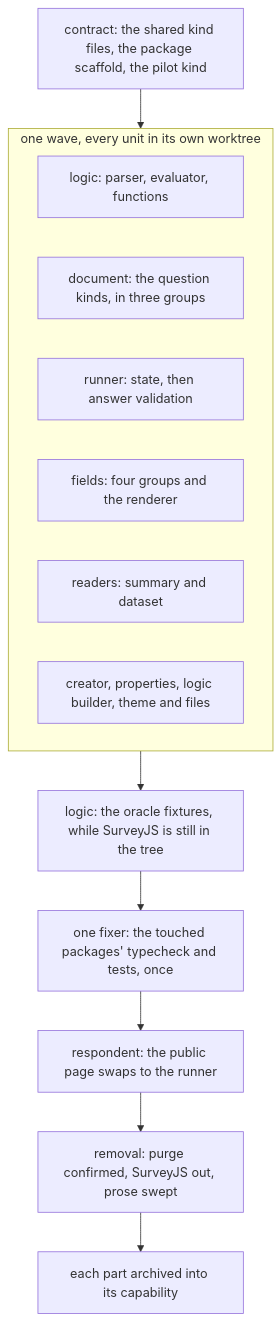
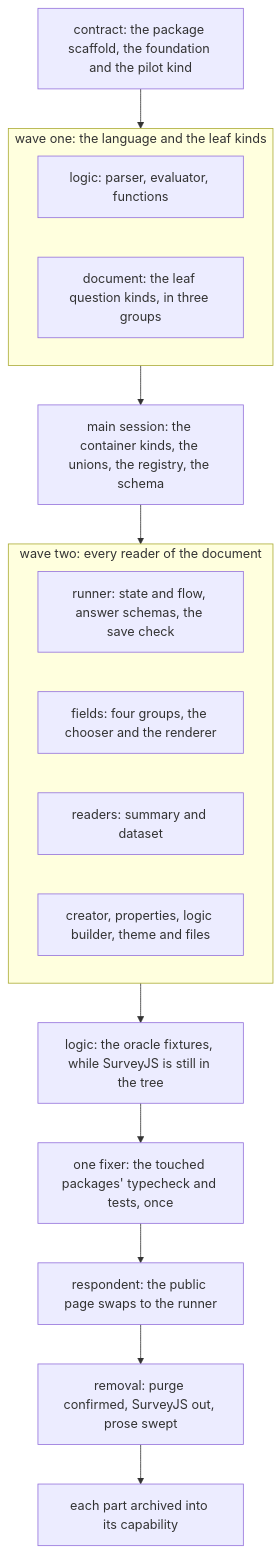
The second of 2 diagrams in openspec/changes/resource-survey-form-engine-program/design.md (Esposter/Esposter), drawn with Mermaid before and after one commit. The commit also changed other lines of this file and 10 other files, not shown here.

First line of the commit message:
refactor(survey-engine): the choice kinds share one choices shape, one options shape and one none shape

````diff
--- a/openspec/changes/resource-survey-form-engine-program/design.md
+++ b/openspec/changes/resource-survey-form-engine-program/design.md
@@ -42,17 +44,21 @@
 ```mermaid
 flowchart TD
-  CONTRACT["contract: the shared kind files, the package scaffold, the pilot kind"] --> WAVE
-  subgraph WAVE["one wave, every unit in its own worktree"]
+  CONTRACT["contract: the package scaffold, the foundation and the pilot kind"] --> W1
+  subgraph W1["wave one: the language and the leaf kinds"]
     LOGIC["logic: parser, evaluator, functions"]
-    KINDS["document: the question kinds, in three groups"]
-    RUN["runner: state, then answer validation"]
-    FIELD["fields: four groups and the renderer"]
+    KINDS["document: the leaf question kinds, in three groups"]
+  end
+  W1 --> SHARED["main session: the container kinds, the unions, the registry, the schema"]
+  SHARED --> W2
+  subgraph W2["wave two: every reader of the document"]
+    RUN["runner: state and flow, answer schemas, the save check"]
+    FIELD["fields: four groups, the chooser and the renderer"]
     READ["readers: summary and dataset"]
     CREATE["creator, properties, logic builder, theme and files"]
   end
-  WAVE --> ORACLE["logic: the oracle fixtures, while SurveyJS is still in the tree"]
+  W2 --> ORACLE["logic: the oracle fixtures, while SurveyJS is still in the tree"]
   ORACLE --> FIXER["one fixer: the touched packages' typecheck and tests, once"]
   FIXER --> SWAP["respondent: the public page swaps to the runner"]
   SWAP --> REMOVE["removal: purge confirmed, SurveyJS out, prose swept"]
   REMOVE --> ARCHIVE["each part archived into its capability"]
 ```
````
